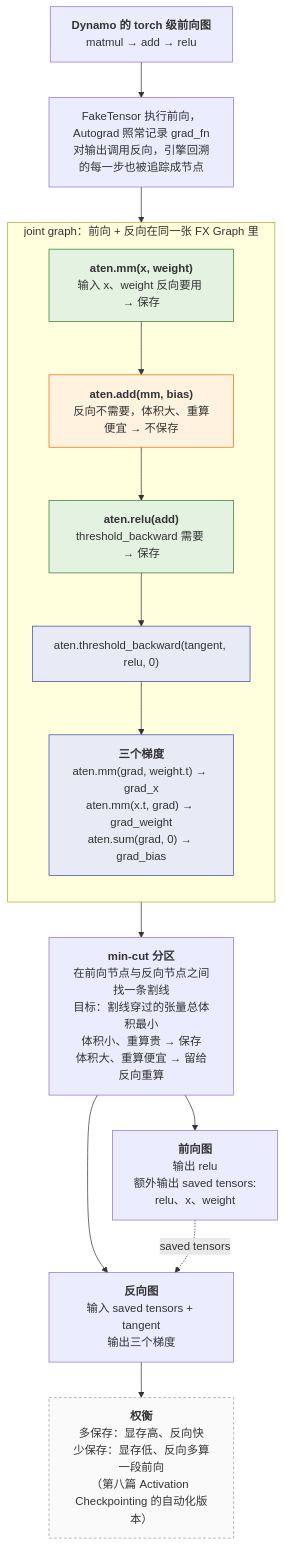
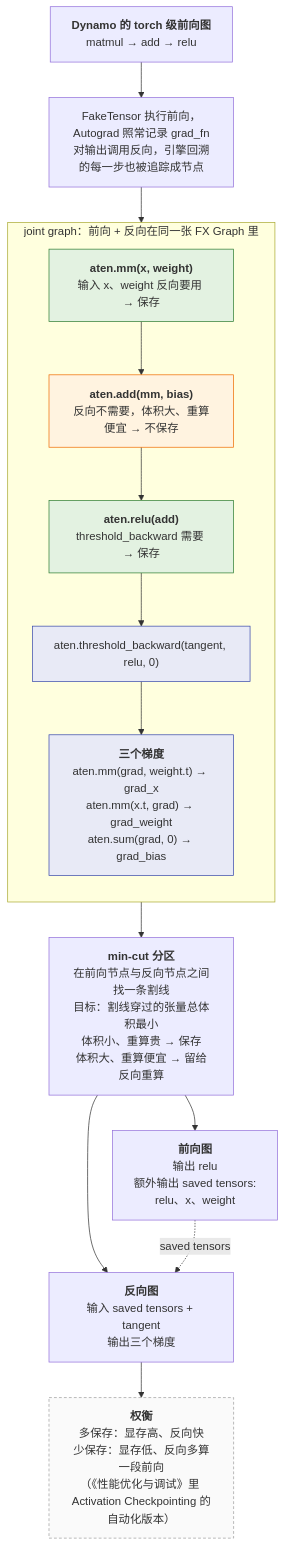
The third of 8 diagrams in _posts/2026-02-23-pytorch-compilation-and-graph-optimization.md (arganzheng/arganzheng.github.com), drawn with Mermaid before and after one commit. The commit also changed other lines of this file and 12 other files, not shown here.

First line of the commit message:
PyTorch 系列：各篇开头补机制总览图，Java 章改为就近的「Java 经验参照」提示块，指引改为标题链接

````diff
--- a/_posts/2026-02-23-pytorch-compilation-and-graph-optimization.md
+++ b/_posts/2026-02-23-pytorch-compilation-and-graph-optimization.md
@@ -476,29 +503,29 @@
 ```mermaid
 %% 图：AOTAutograd 的 joint graph：前向与反向节点在同一张图上，切分器的割线决定哪些中间值成为 saved tensors
 flowchart TB
     IN["<b>Dynamo 的 torch 级前向图</b><br/>matmul → add → relu"]
     IN --> TR["FakeTensor 执行前向，Autograd 照常记录 grad_fn<br/>对输出调用反向，引擎回溯的每一步也被追踪成节点"]
     TR --> JG
     subgraph JG["joint graph：前向 + 反向在同一张 FX Graph 里"]
         direction TB
         MM["<b>aten.mm(x, weight)</b><br/>输入 x、weight 反向要用 → 保存"]
         ADD["<b>aten.add(mm, bias)</b><br/>反向不需要，体积大、重算便宜 → 不保存"]
         RL["<b>aten.relu(add)</b><br/>threshold_backward 需要 → 保存"]
         THB["aten.threshold_backward(tangent, relu, 0)"]
         GR["<b>三个梯度</b><br/>aten.mm(grad, weight.t) → grad_x<br/>aten.mm(x.t, grad) → grad_weight<br/>aten.sum(grad, 0) → grad_bias"]
         MM --> ADD --> RL --> THB --> GR
     end
     JG --> CUT["<b>min-cut 分区</b><br/>在前向节点与反向节点之间找一条割线<br/>目标：割线穿过的张量总体积最小<br/>体积小、重算贵 → 保存<br/>体积大、重算便宜 → 留给反向重算"]
     CUT --> FW["<b>前向图</b><br/>输出 relu<br/>额外输出 saved tensors:<br/>relu、x、weight"]
     CUT --> BW["<b>反向图</b><br/>输入 saved tensors + tangent<br/>输出三个梯度"]
     FW -.->|"saved tensors"| BW
-    BW --> TRADE["<b>权衡</b><br/>多保存：显存高、反向快<br/>少保存：显存低、反向多算一段前向<br/>（第八篇 Activation Checkpointing 的自动化版本）"]
+    BW --> TRADE["<b>权衡</b><br/>多保存：显存高、反向快<br/>少保存：显存低、反向多算一段前向<br/>（《性能优化与调试》里 Activation Checkpointing 的自动化版本）"]
     classDef saved fill:#e3f2e1,stroke:#2e7d32;
     classDef recomp fill:#fff3e0,stroke:#ef6c00;
     classDef bwd fill:#e8eaf6,stroke:#3949ab;
     classDef note fill:#fafafa,stroke:#9e9e9e,stroke-dasharray: 4 3;
     class MM,RL saved;
     class ADD recomp;
     class THB,GR bwd;
     class TRADE note;
 ```
````
